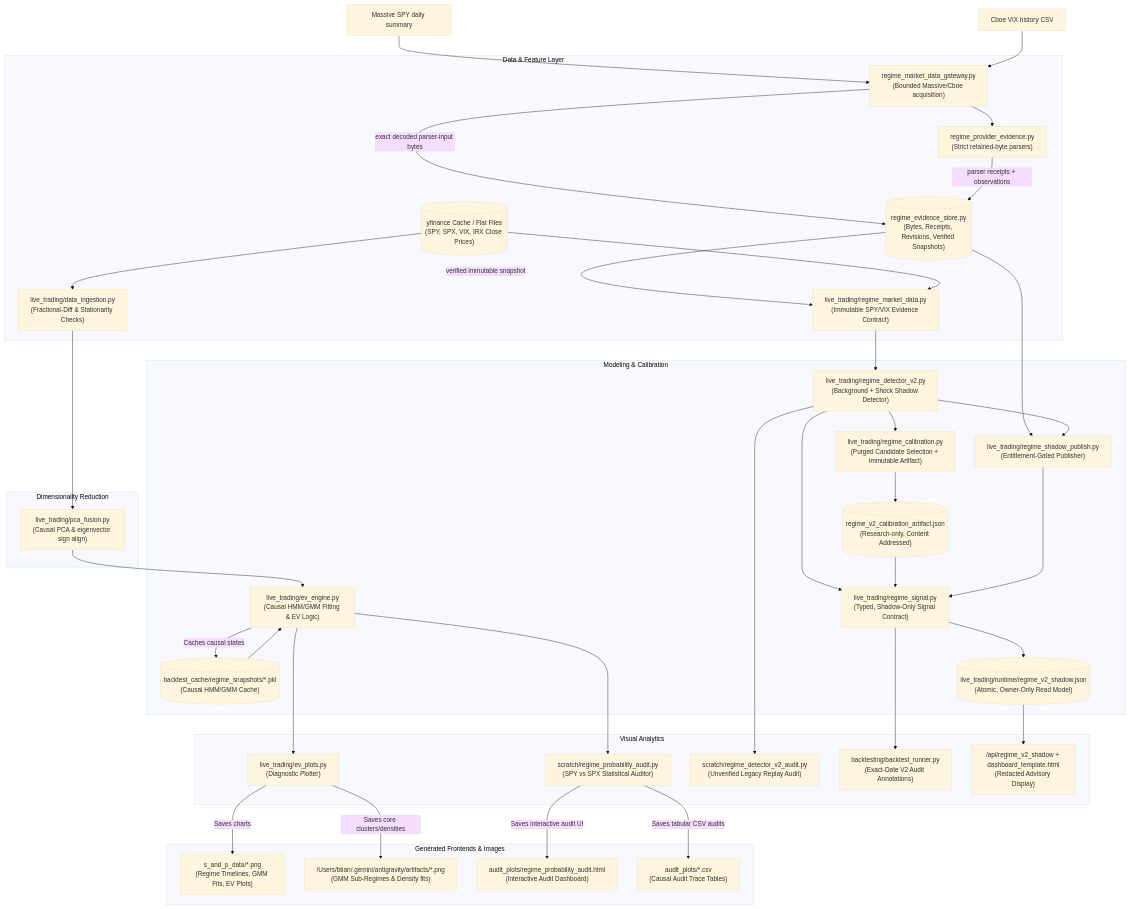
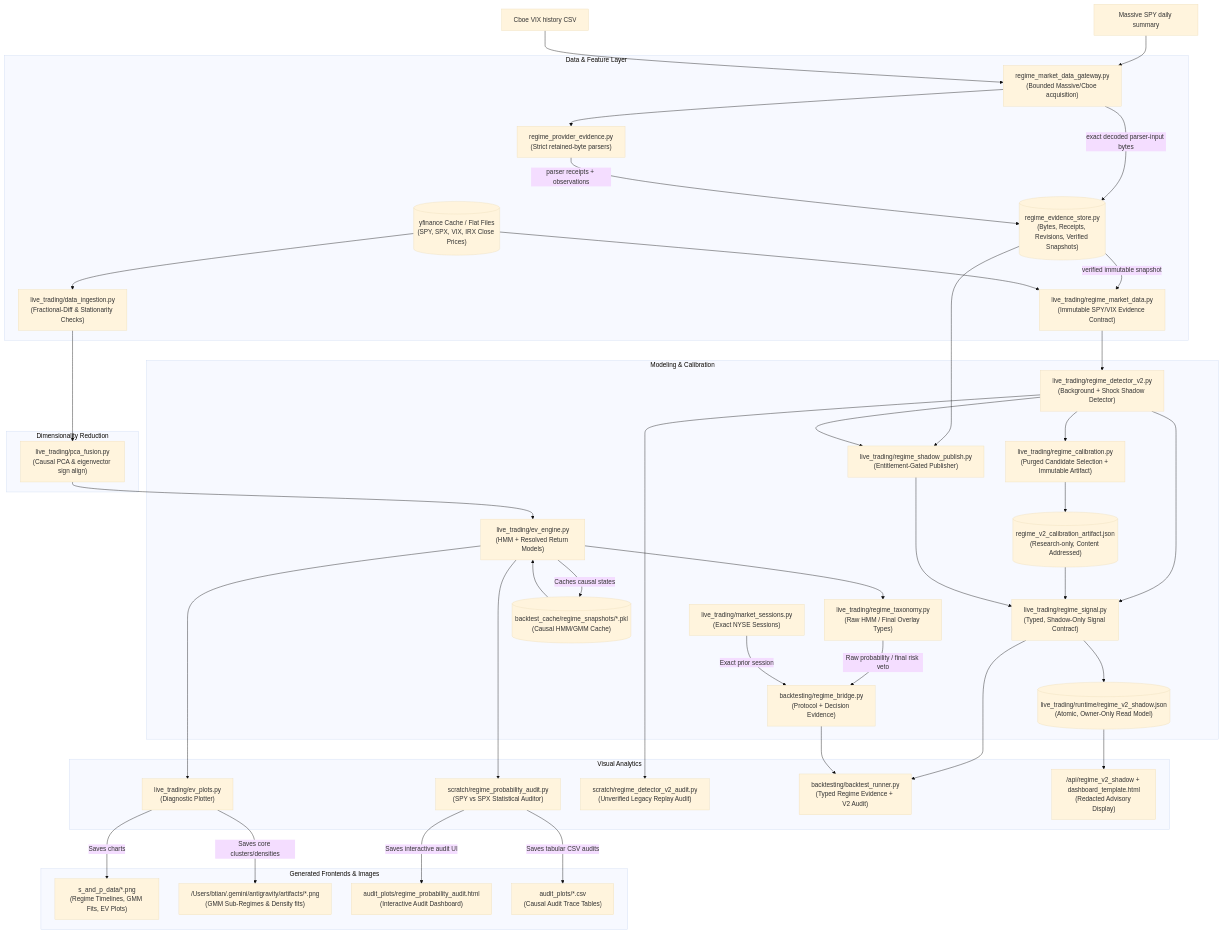
Before and after one commit to tbt316/etrade_quant_trading: the second of 3 diagrams in etrade_python_client/docs/project_overview.md, drawn with Mermaid (base theme). The commit also changed other lines of this file and 6 other files, not shown here.

Commit message:
Document causal trading and release boundaries

````diff
--- a/etrade_python_client/docs/project_overview.md
+++ b/etrade_python_client/docs/project_overview.md
@@ -57,72 +79,79 @@
 ```mermaid
 flowchart TD
     subgraph Data & Feature Layer
         DI["live_trading/data_ingestion.py<br/>(Fractional-Diff & Stationarity Checks)"]
         YF[("yfinance Cache / Flat Files<br/>(SPY, SPX, VIX, IRX Close Prices)")]
         MPG["regime_market_data_gateway.py<br/>(Bounded Massive/Cboe acquisition)"]
         RPE["regime_provider_evidence.py<br/>(Strict retained-byte parsers)"]
         RMD["live_trading/regime_market_data.py<br/>(Immutable SPY/VIX Evidence Contract)"]
         RES[("regime_evidence_store.py<br/>(Bytes, Receipts, Revisions, Verified Snapshots)")]
     end
 
     subgraph Dimensionality Reduction
         PF["live_trading/pca_fusion.py<br/>(Causal PCA & eigenvector sign align)"]
     end
 
     subgraph Modeling & Calibration
-        EE["live_trading/ev_engine.py<br/>(Causal HMM/GMM Fitting & EV Logic)"]
+        EE["live_trading/ev_engine.py<br/>(HMM + Resolved Return Models)"]
+        RT["live_trading/regime_taxonomy.py<br/>(Raw HMM / Final Overlay Types)"]
+        MS["live_trading/market_sessions.py<br/>(Exact NYSE Sessions)"]
+        BB["backtesting/regime_bridge.py<br/>(Protocol + Decision Evidence)"]
         Snap[("backtest_cache/regime_snapshots/*.pkl<br/>(Causal HMM/GMM Cache)")]
         RD2["live_trading/regime_detector_v2.py<br/>(Background + Shock Shadow Detector)"]
         RCAL["live_trading/regime_calibration.py<br/>(Purged Candidate Selection + Immutable Artifact)"]
         RSIG["live_trading/regime_signal.py<br/>(Typed, Shadow-Only Signal Contract)"]
         RSP["live_trading/regime_shadow_publish.py<br/>(Entitlement-Gated Publisher)"]
         RSS[("live_trading/runtime/regime_v2_shadow.json<br/>(Atomic, Owner-Only Read Model)")]
         RART[("regime_v2_calibration_artifact.json<br/>(Research-only, Content Addressed)")]
     end
 
     subgraph Visual Analytics
         EP["live_trading/ev_plots.py<br/>(Diagnostic Plotter)"]
         RPA["scratch/regime_probability_audit.py<br/>(SPY vs SPX Statistical Auditor)"]
         RVA["scratch/regime_detector_v2_audit.py<br/>(Unverified Legacy Replay Audit)"]
-        BANN["backtesting/backtest_runner.py<br/>(Exact-Date V2 Audit Annotations)"]
+        BANN["backtesting/backtest_runner.py<br/>(Typed Regime Evidence + V2 Audit)"]
         VDASH["/api/regime_v2_shadow + dashboard_template.html<br/>(Redacted Advisory Display)"]
     end
 
     subgraph Generated Frontends & Images
         PNGS["s_and_p_data/*.png<br/>(Regime Timelines, GMM Fits, EV Plots)"]
         ARTS["/Users/btian/.gemini/antigravity/artifacts/*.png<br/>(GMM Sub-Regimes & Density fits)"]
         AUD["audit_plots/regime_probability_audit.html<br/>(Interactive Audit Dashboard)"]
         CSVS["audit_plots/*.csv<br/>(Causal Audit Trace Tables)"]
     end
 
     Massive["Massive SPY daily summary"] --> MPG
     Cboe["Cboe VIX history CSV"] --> MPG
     MPG -->|"exact decoded parser-input bytes"| RES
     MPG --> RPE
     RPE -->|"parser receipts + observations"| RES
     RES -->|"verified immutable snapshot"| RMD
     YF --> DI
     YF --> RMD
     RMD --> RD2
     RD2 --> RCAL
     RCAL --> RART
     RD2 --> RSIG
     RART --> RSIG
     RSIG --> BANN
     RES --> RSP
     RD2 --> RSP
     RSP --> RSIG
     RSIG --> RSS
     RSS --> VDASH
     RD2 --> RVA
     DI --> PF
     PF --> EE
     EE -->|Caches causal states| Snap
     Snap --> EE
+    EE --> RT
+    RT -->|"Raw probability / final risk veto"| BB
+    MS -->|"Exact prior session"| BB
+    BB --> BANN
     EE --> EP
     EE --> RPA
     EP -->|Saves charts| PNGS
     EP -->|Saves core clusters/densities| ARTS
     RPA -->|Saves interactive audit UI| AUD
     RPA -->|Saves tabular CSV audits| CSVS
 ```
````
